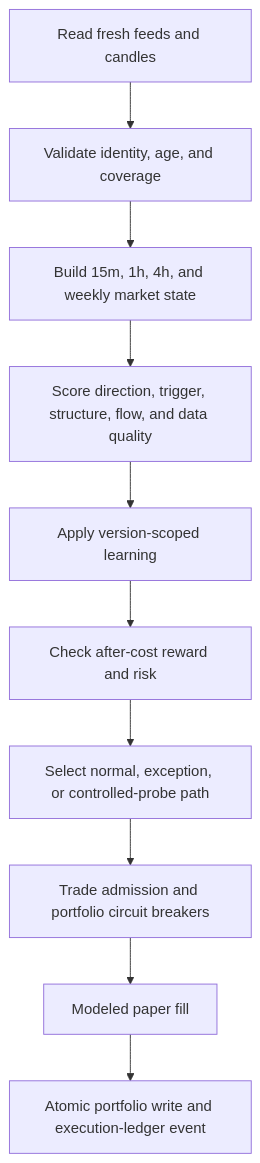
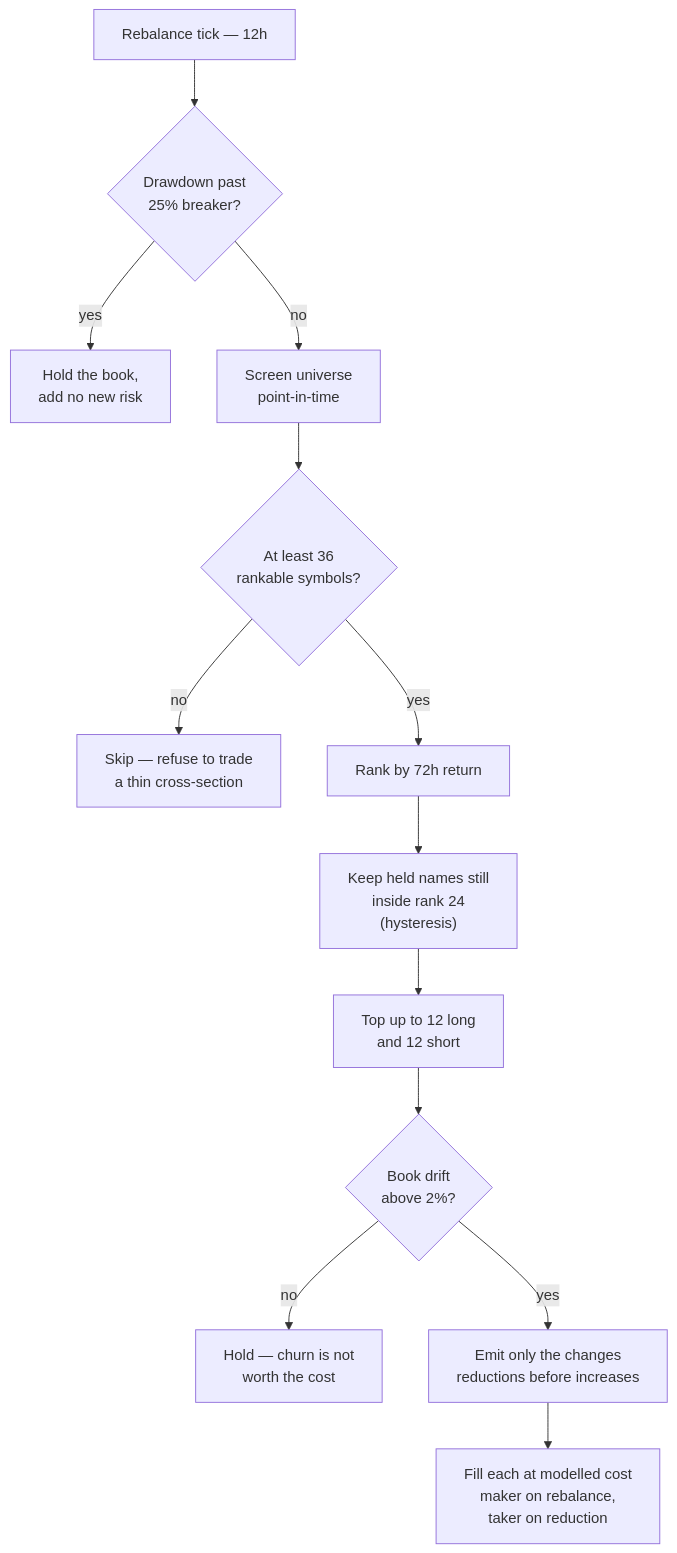
Before and after one commit to tejashendre/AI-paper-trading-agent: the fifth of 6 diagrams in docs/ARCHITECTURE.md, drawn with Mermaid. The commit also changed other lines of this file and 2 other files, not shown here.

````diff
--- a/docs/ARCHITECTURE.md
+++ b/docs/ARCHITECTURE.md
@@ -53,12 +155,15 @@
 ```mermaid
-flowchart TD
-    A["Read fresh feeds and candles"] --> B["Validate identity, age, and coverage"]
-    B --> C["Build 15m, 1h, 4h, and weekly market state"]
-    C --> D["Score direction, trigger, structure, flow, and data quality"]
-    D --> E["Apply version-scoped learning"]
-    E --> F["Check after-cost reward and risk"]
-    F --> G["Select normal, exception, or controlled-probe path"]
-    G --> H["Trade admission and portfolio circuit breakers"]
-    H --> I["Modeled paper fill"]
-    I --> J["Atomic portfolio write and execution-ledger event"]
+flowchart TB
+    A["Rebalance tick — 12h"] --> B{"Drawdown past<br/>25% breaker?"}
+    B -->|yes| HOLD1["Hold the book,<br/>add no new risk"]
+    B -->|no| C["Screen universe<br/>point-in-time"]
+    C --> D{"At least 36<br/>rankable symbols?"}
+    D -->|no| HOLD2["Skip — refuse to trade<br/>a thin cross-section"]
+    D -->|yes| E["Rank by 72h return"]
+    E --> F["Keep held names still<br/>inside rank 24<br/>(hysteresis)"]
+    F --> G["Top up to 12 long<br/>and 12 short"]
+    G --> H{"Book drift<br/>above 2%?"}
+    H -->|no| HOLD3["Hold — churn is not<br/>worth the cost"]
+    H -->|yes| I["Emit only the changes<br/>reductions before increases"]
+    I --> J["Fill each at modelled cost<br/>maker on rebalance,<br/>taker on reduction"]
 ```
````
